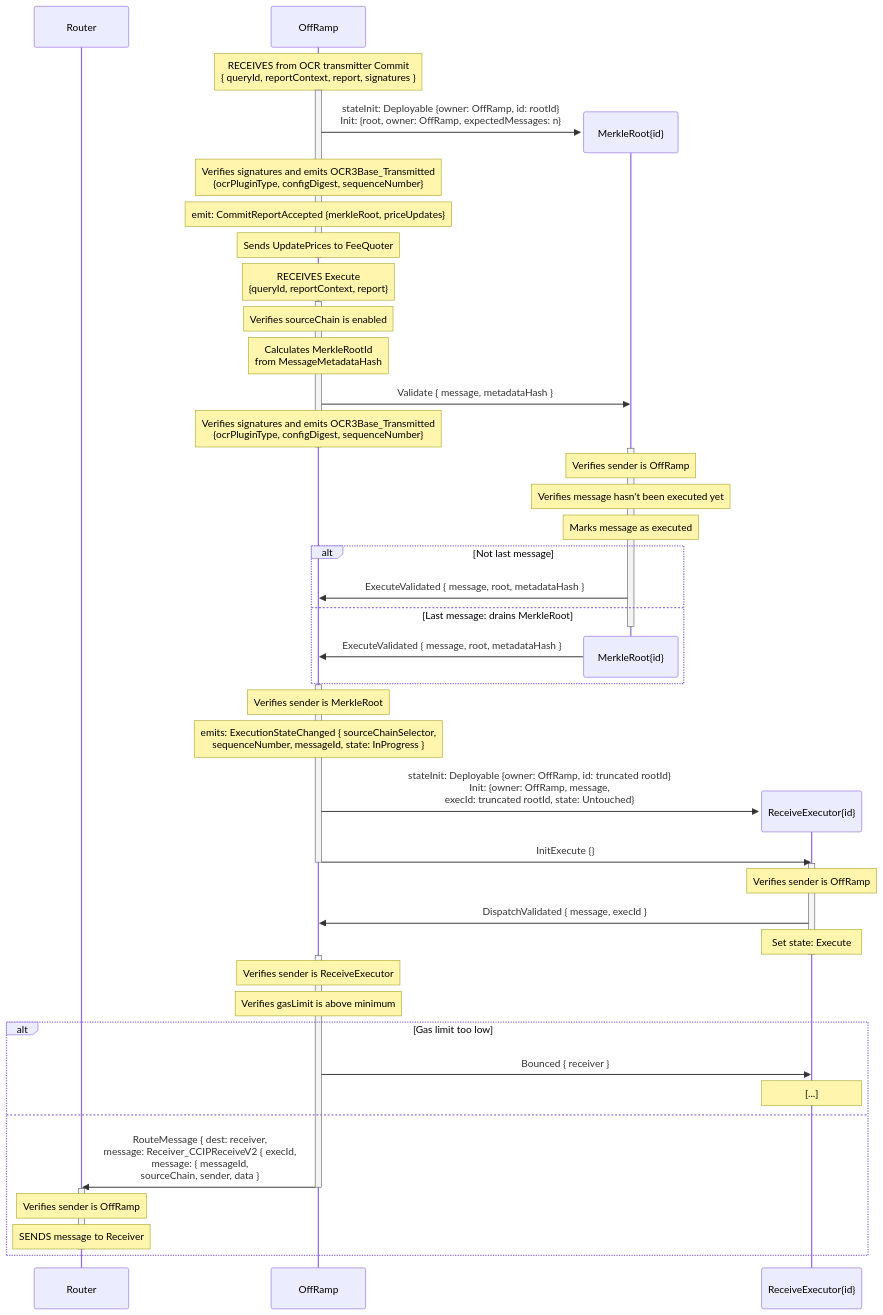
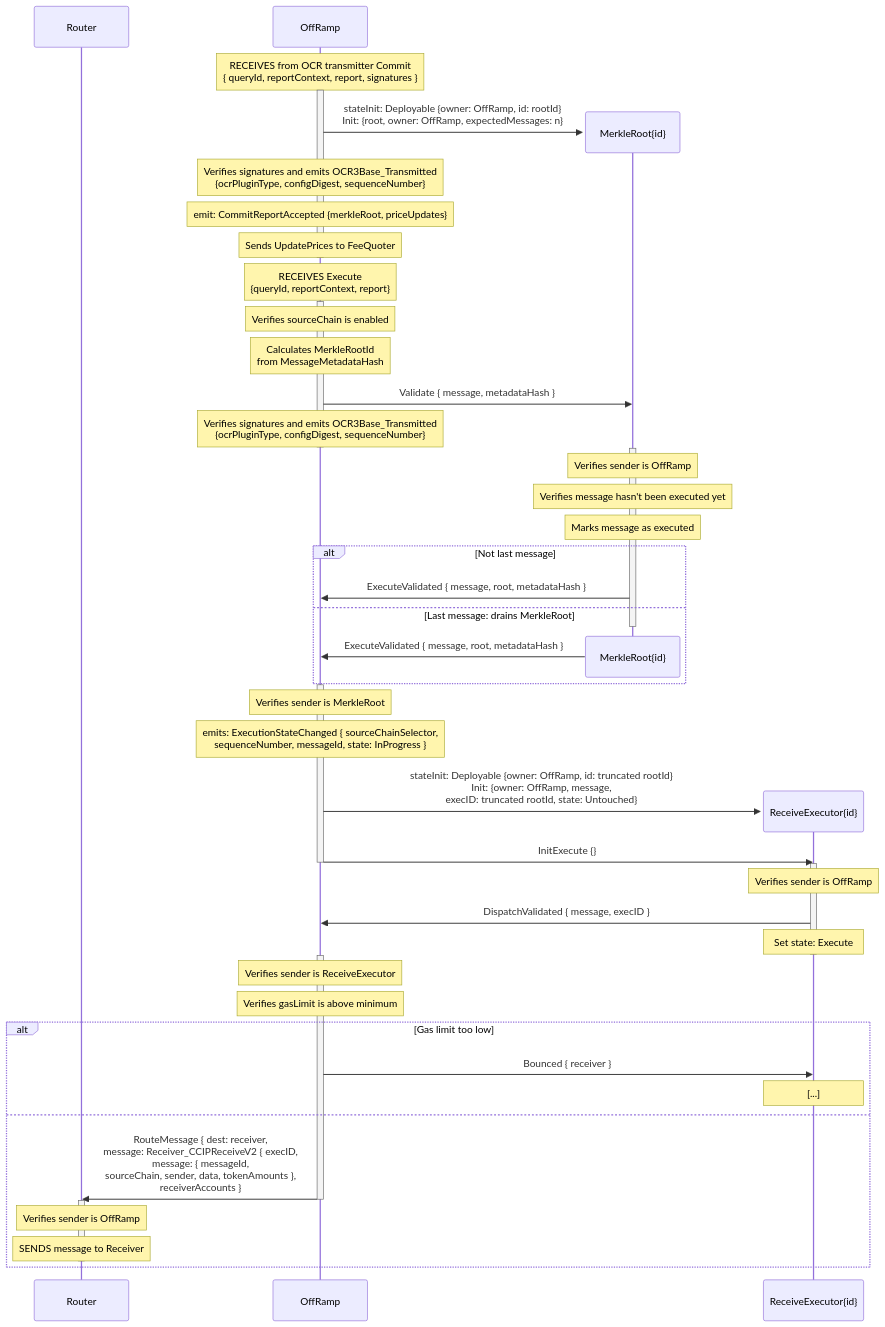
One commit to smartcontractkit/chainlink-ton changed the second of 6 diagrams in docs/contracts/overview/ccip/offramp/arbitrary-msg.md. Above: the diagram before and after it, drawn with Mermaid. The commit also changed other lines of this file and 75 other files, not shown here.

````diff
--- a/docs/contracts/overview/ccip/offramp/arbitrary-msg.md
+++ b/docs/contracts/overview/ccip/offramp/arbitrary-msg.md
@@ -33,80 +33,80 @@
 ```mermaid
 sequenceDiagram
     participant R as Router
     participant OR as OffRamp
 
     
     
     Note over OR: RECEIVES from OCR transmitter Commit<br>{ queryId, reportContext, report, signatures }
     activate OR
 
     create participant MR as MerkleRoot{id}
     OR ->> MR: stateInit: Deployable {owner: OffRamp, id: rootId}<br>Init: {root, owner: OffRamp, expectedMessages: n}
     
     Note over OR: Verifies signatures and emits OCR3Base_Transmitted<br>{ocrPluginType, configDigest, sequenceNumber}
     Note over OR: emit: CommitReportAccepted {merkleRoot, priceUpdates}
     Note over OR: Sends UpdatePrices to FeeQuoter
     deactivate OR
  
     Note over OR: RECEIVES Execute<br>{queryId, reportContext, report}
     activate OR
     Note over OR: Verifies sourceChain is enabled
     Note over OR: Calculates MerkleRootId<br>from MessageMetadataHash
 
     OR ->> MR: Validate { message, metadataHash }
 
     Note over OR: Verifies signatures and emits OCR3Base_Transmitted<br>{ocrPluginType, configDigest, sequenceNumber}
     deactivate OR
 
     activate MR
 
     Note over MR: Verifies sender is OffRamp
     Note over MR: Verifies message hasn't been executed yet
     Note over MR: Marks message as executed
 
     
     alt Not last message
     MR ->> OR: ExecuteValidated { message, root, metadataHash }
     else Last message: drains MerkleRoot
     deactivate MR
     destroy MR
     MR ->> OR: ExecuteValidated { message, root, metadataHash }
     end
 
     activate OR
     Note over OR: Verifies sender is MerkleRoot
     Note over OR: emits: ExecutionStateChanged { sourceChainSelector,<br>sequenceNumber, messageId, state: InProgress }
     create participant RE as ReceiveExecutor{id}
-    OR ->> RE: stateInit: Deployable {owner: OffRamp, id: truncated rootId}<br>Init: {owner: OffRamp, message,<br>execId: truncated rootId, state: Untouched}
+    OR ->> RE: stateInit: Deployable {owner: OffRamp, id: truncated rootId}<br>Init: {owner: OffRamp, message,<br>execID: truncated rootId, state: Untouched}
     OR ->> RE: InitExecute {}
     deactivate OR
 
 
 
     activate RE
     Note over RE: Verifies sender is OffRamp
-    RE ->> OR: DispatchValidated { message, execId }
+    RE ->> OR: DispatchValidated { message, execID }
     Note over RE: Set state: Execute
     deactivate RE
 
 
 
     activate OR
     Note over OR: Verifies sender is ReceiveExecutor
     Note over OR: Verifies gasLimit is above minimum
     alt Gas limit too low
     OR ->> RE: Bounced { receiver }
     Note over RE: [...]
     else
 
-    OR ->> R: RouteMessage { dest: receiver,<br>message: Receiver_CCIPReceiveV2 { execId,<br>message: { messageId,<br>sourceChain, sender, data }
+    OR ->> R: RouteMessage { dest: receiver,<br>message: Receiver_CCIPReceiveV2 { execID,<br>message: { messageId,<br>sourceChain, sender, data, tokenAmounts },<br>receiverAccounts }
     deactivate OR
 
 
 
     activate R
     Note over R: Verifies sender is OffRamp
     Note over R: SENDS message to Receiver
     deactivate R
     end
 ```
````
